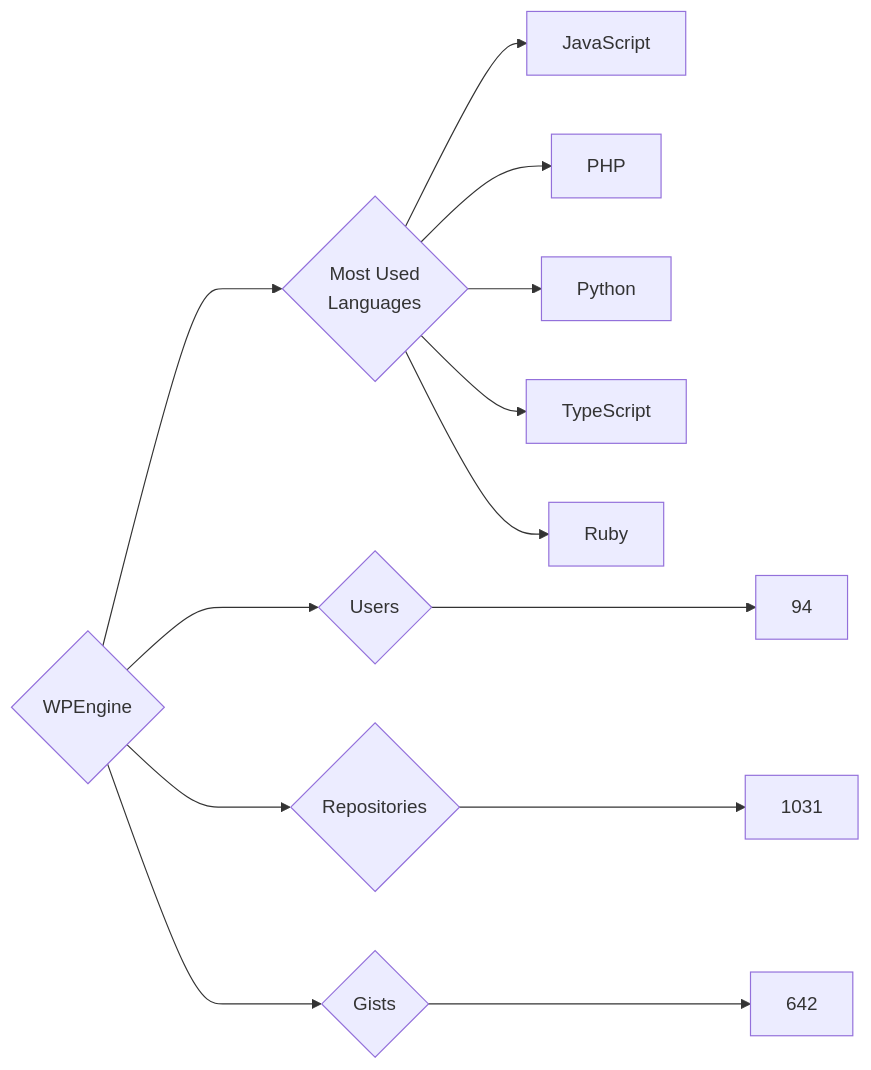
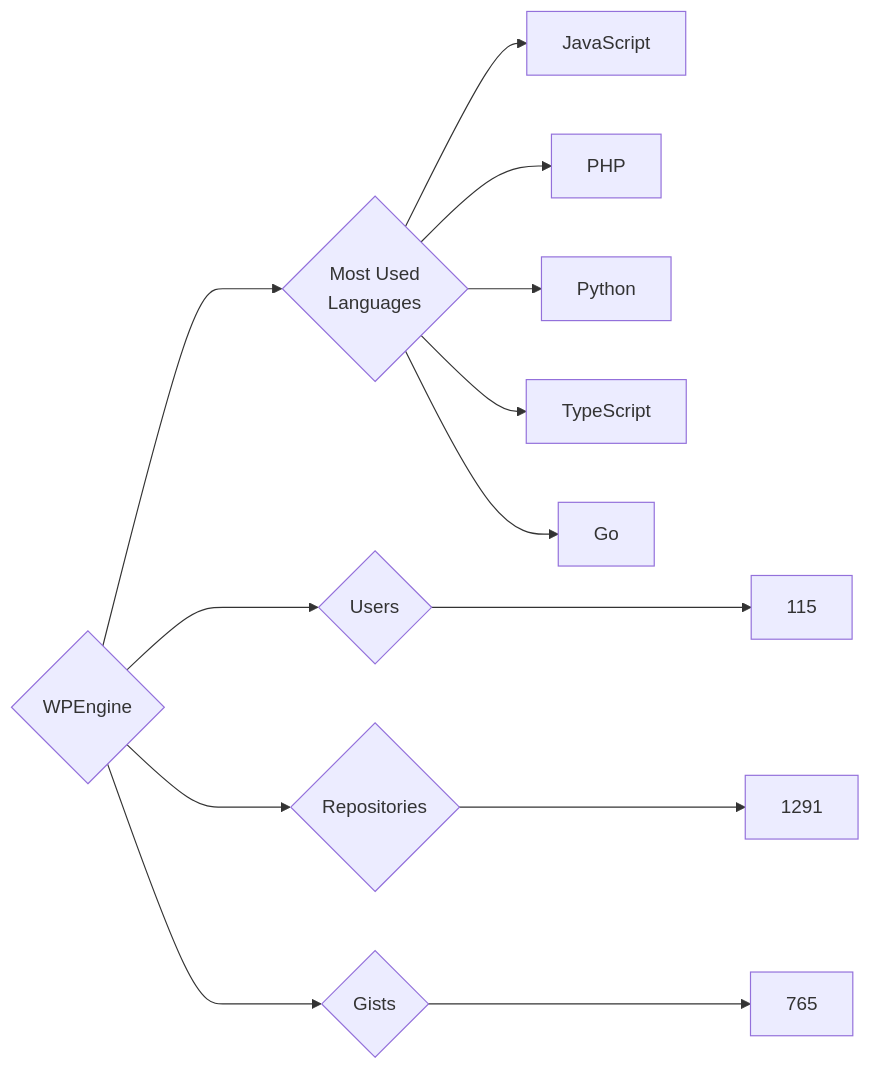
Before and after one commit to trickest/insiders: the diagram in targets/WPEngine/README.md, drawn with Mermaid. The commit also changed 860 other files, not shown here.

````diff
--- a/targets/WPEngine/README.md
+++ b/targets/WPEngine/README.md
@@ -3,13 +3,13 @@
 ```mermaid
 graph LR
 COMPANY_NAME{WPEngine}
-COMPANY_NAME ---> U{Users} ---> UN[94]
-COMPANY_NAME ---> R{Repositories} ---> RN[1031]
-COMPANY_NAME ---> G{Gists} ---> GN[642]
+COMPANY_NAME ---> U{Users} ---> UN[115]
+COMPANY_NAME ---> R{Repositories} ---> RN[1291]
+COMPANY_NAME ---> G{Gists} ---> GN[765]
 COMPANY_NAME ---> ML{Most Used<br>Languages}
 ML --> JavaScript[JavaScript]
 ML --> PHP[PHP]
 ML --> Python[Python]
 ML --> TypeScript[TypeScript]
-ML --> Ruby[Ruby]
+ML --> Go[Go]
 ```
````
